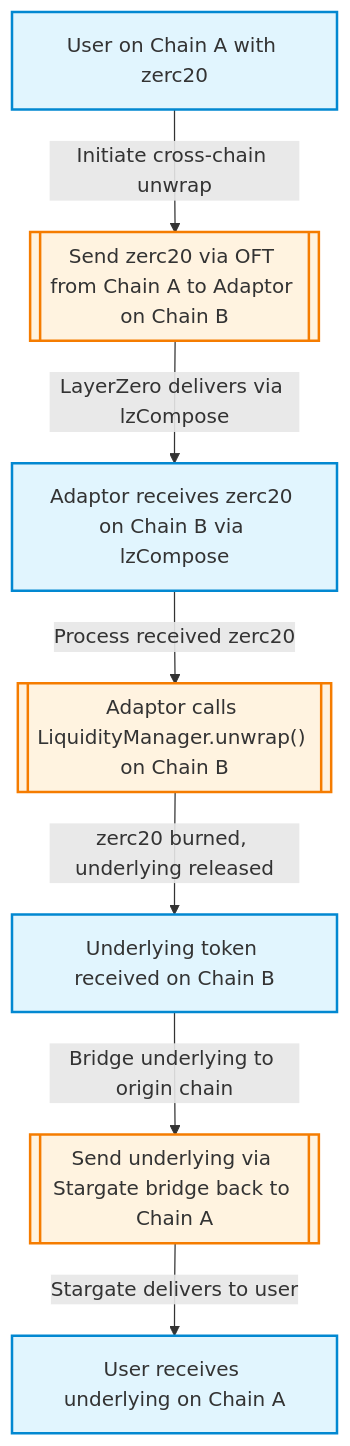
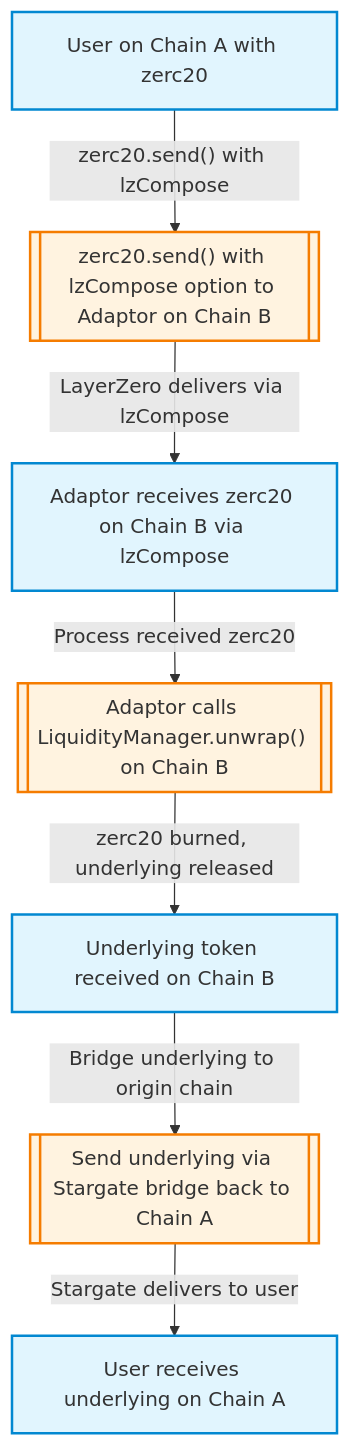
Before and after one commit to NyxFoundation/speca: diagram 23 of 23 in outputs/specs.md, drawn with Mermaid. The commit also changed other lines of this file and 1 other file, not shown here.

Commit message:
fix main graph flow

````diff
--- a/outputs/specs.md
+++ b/outputs/specs.md
@@ -1873,28 +1873,28 @@
 ```mermaid
 flowchart TD
     classDef stateNode fill:#e1f5fe,stroke:#0288d1,stroke-width:2px
     classDef actionNode fill:#fff3e0,stroke:#f57c00,stroke-width:2px
 
     STATE_USER_CHAIN_A["User on Chain A with zerc20"]
-    ACTION_SEND_VIA_OFT[["Send zerc20 via OFT from Chain A to Adaptor on Chain B"]]
+    ACTION_SEND_VIA_OFT[["zerc20.send() with lzCompose option to Adaptor on Chain B"]]
     STATE_ADAPTOR_RECEIVES["Adaptor receives zerc20 on Chain B via lzCompose"]
     ACTION_CALL_UNWRAP[["Adaptor calls LiquidityManager.unwrap() on Chain B"]]
     STATE_UNDERLYING_RECEIVED["Underlying token received on Chain B"]
     ACTION_BRIDGE_BACK[["Send underlying via Stargate bridge back to Chain A"]]
     STATE_USER_RECEIVES["User receives underlying on Chain A"]
 
-    STATE_USER_CHAIN_A -->|Initiate cross-chain unwrap| ACTION_SEND_VIA_OFT
+    STATE_USER_CHAIN_A -->|"zerc20.send() with lzCompose"| ACTION_SEND_VIA_OFT
     ACTION_SEND_VIA_OFT -->|LayerZero delivers via lzCompose| STATE_ADAPTOR_RECEIVES
     STATE_ADAPTOR_RECEIVES -->|Process received zerc20| ACTION_CALL_UNWRAP
     ACTION_CALL_UNWRAP -->|zerc20 burned, underlying released| STATE_UNDERLYING_RECEIVED
     STATE_UNDERLYING_RECEIVED -->|Bridge underlying to origin chain| ACTION_BRIDGE_BACK
     ACTION_BRIDGE_BACK -->|Stargate delivers to user| STATE_USER_RECEIVES
 
     class STATE_USER_CHAIN_A stateNode
     class ACTION_SEND_VIA_OFT actionNode
     class STATE_ADAPTOR_RECEIVES stateNode
     class ACTION_CALL_UNWRAP actionNode
     class STATE_UNDERLYING_RECEIVED stateNode
     class ACTION_BRIDGE_BACK actionNode
     class STATE_USER_RECEIVES stateNode
 ```
````
